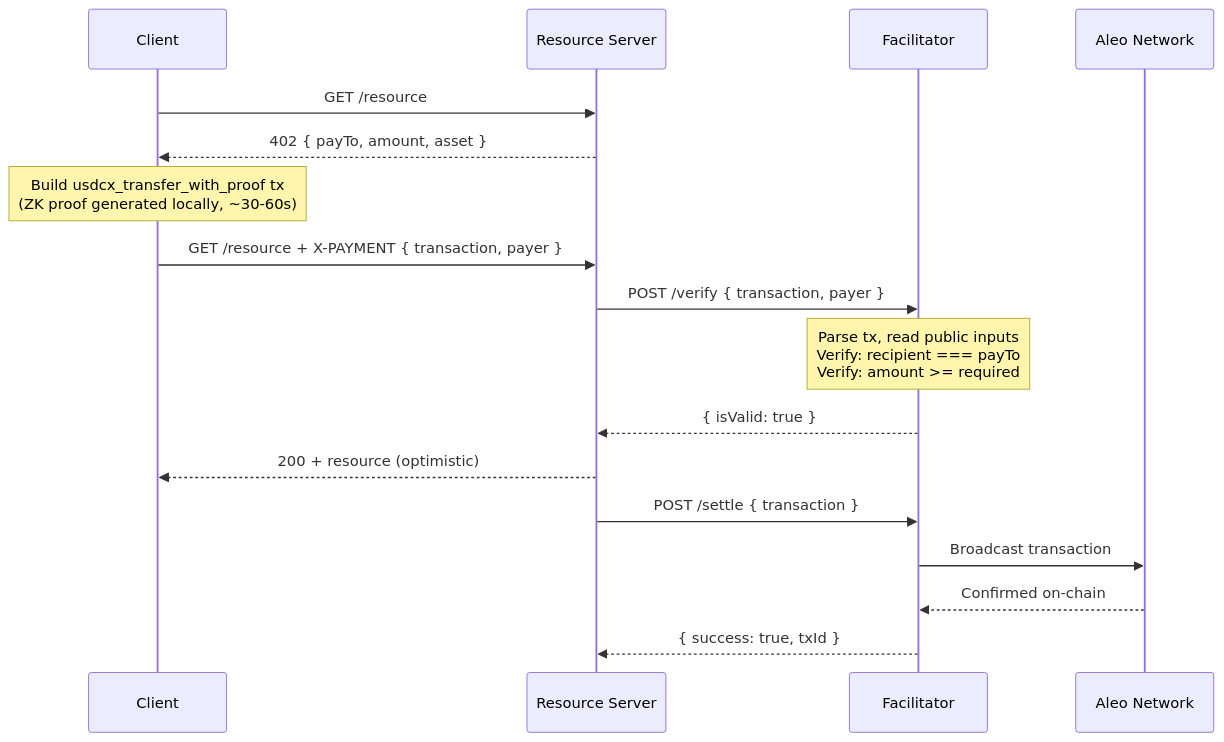
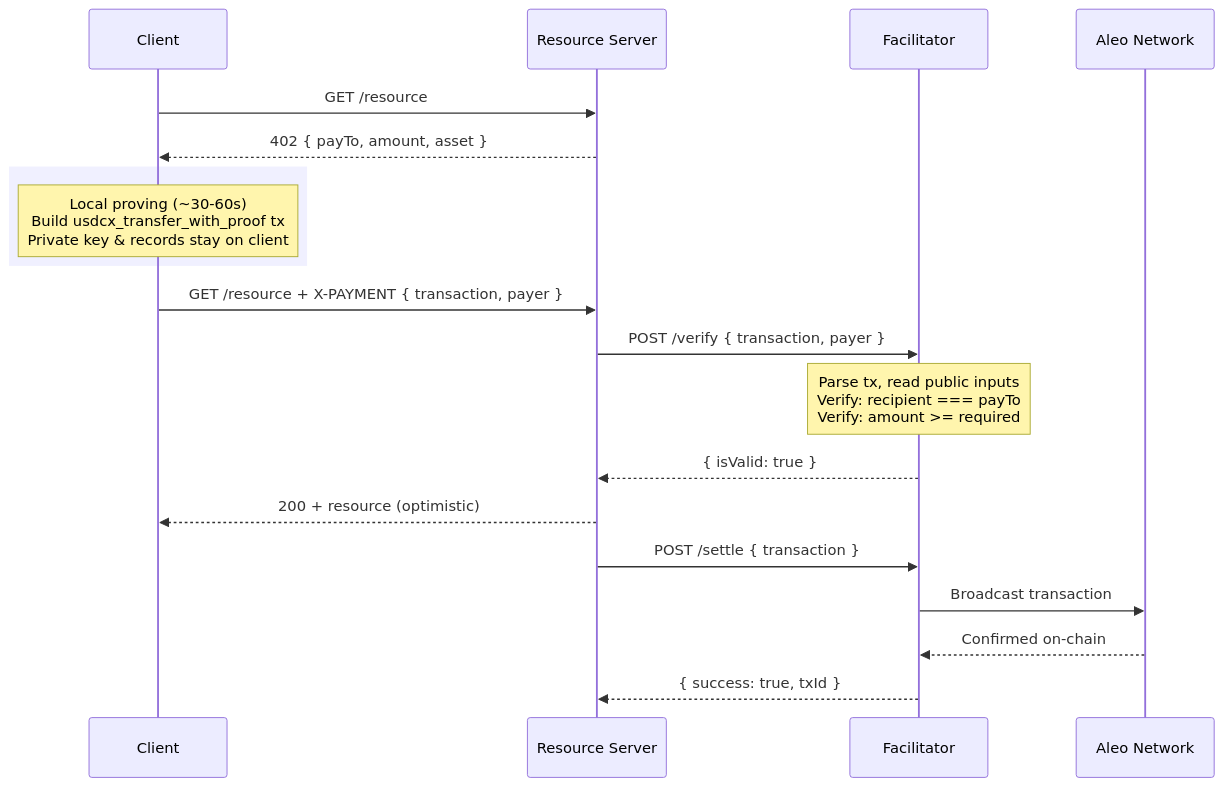
Before and after one commit to AleoAlexander/aleo-x402: the first of 2 diagrams in ARCHITECTURE.md, drawn with Mermaid. The commit also changed other lines of this file and 1 other file, not shown here.

Commit message:
Add local vs delegated proving diagrams to ARCHITECTURE.md and README.md

````diff
--- a/ARCHITECTURE.md
+++ b/ARCHITECTURE.md
@@ -56,25 +60,27 @@
 ```mermaid
 sequenceDiagram
     participant C as Client
     participant S as Resource Server
     participant F as Facilitator
     participant A as Aleo Network
 
     C->>S: GET /resource
     S-->>C: 402 { payTo, amount, asset }
 
-    Note over C: Build usdcx_transfer_with_proof tx<br/>(ZK proof generated locally, ~30-60s)
+    rect rgb(240, 240, 255)
+    Note over C: Local proving (~30-60s)<br/>Build usdcx_transfer_with_proof tx<br/>Private key & records stay on client
+    end
 
     C->>S: GET /resource + X-PAYMENT { transaction, payer }
     S->>F: POST /verify { transaction, payer }
 
     Note over F: Parse tx, read public inputs<br/>Verify: recipient === payTo<br/>Verify: amount >= required
 
     F-->>S: { isValid: true }
     S-->>C: 200 + resource (optimistic)
 
     S->>F: POST /settle { transaction }
     F->>A: Broadcast transaction
     A-->>F: Confirmed on-chain
     F-->>S: { success: true, txId }
 ```
````
